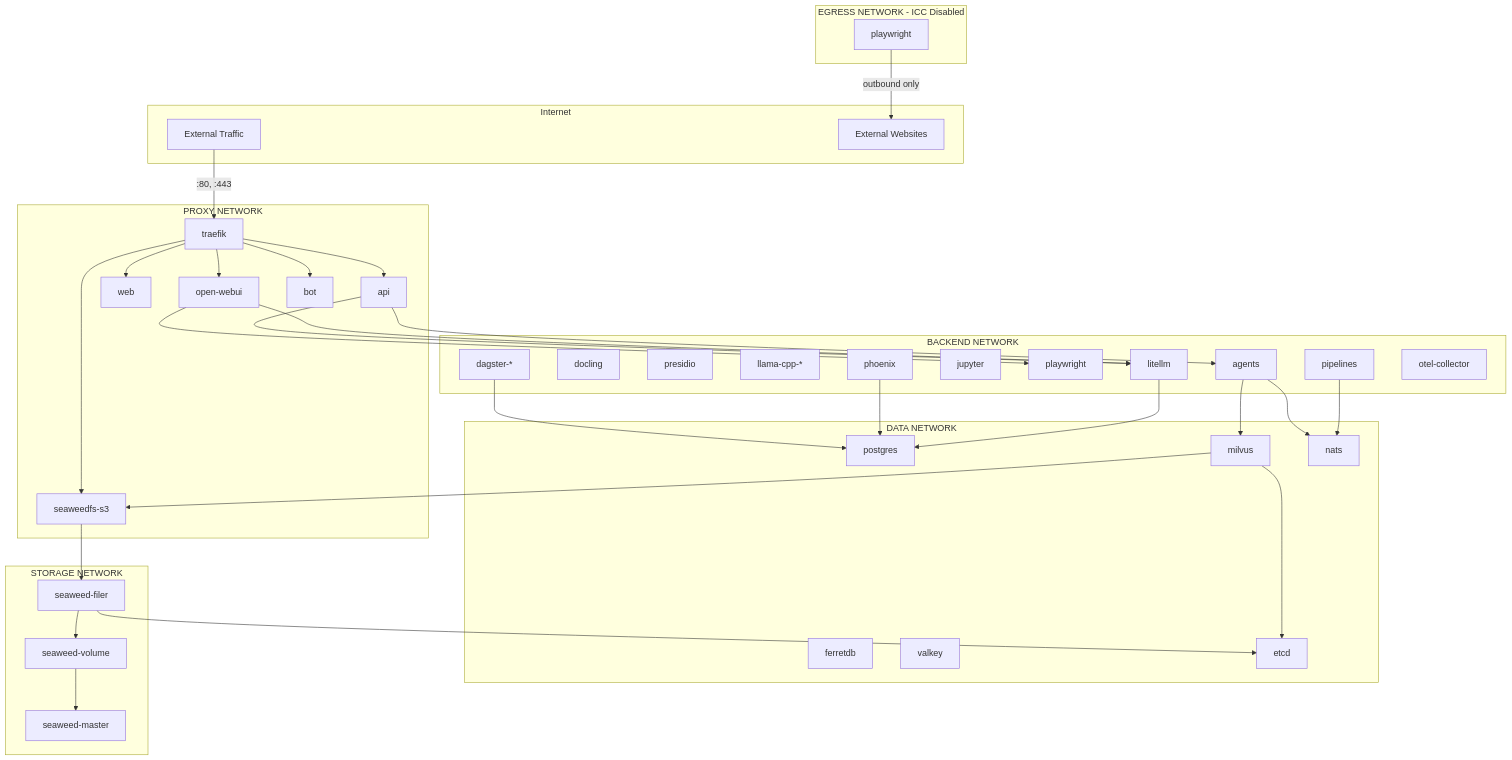
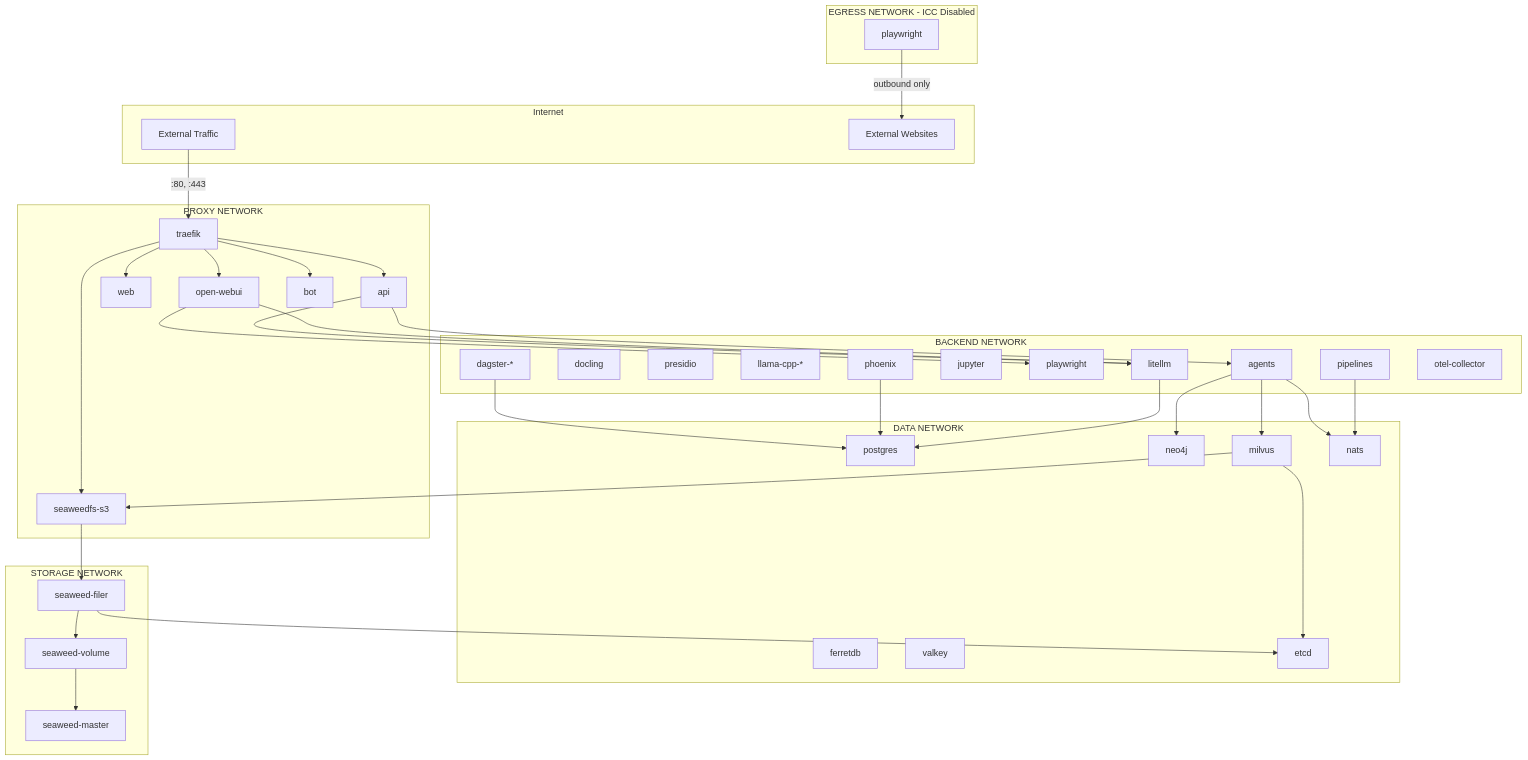
The diagram in aihub_doc/docs/2_platform/2_architecture/4_network_isolation/index.en.md (bbvch-ai/aihub-core), drawn with Mermaid before and after one commit. The commit also changed other lines of this file and 11 other files, not shown here.

````diff
--- a/aihub_doc/docs/2_platform/2_architecture/4_network_isolation/index.en.md
+++ b/aihub_doc/docs/2_platform/2_architecture/4_network_isolation/index.en.md
@@ -91,76 +92,78 @@
 ```mermaid
 flowchart TB
     subgraph Internet
         ext[External Traffic]
         websites[External Websites]
     end
 
     subgraph proxy[PROXY NETWORK]
         traefik[traefik]
         api[api]
         web[web]
         openwebui[open-webui]
         bot[bot]
         s3proxy[seaweedfs-s3]
     end
 
     subgraph backend[BACKEND NETWORK]
         litellm[litellm]
         docling[docling]
         presidio[presidio]
         llama[llama-cpp-*]
         agents[agents]
         jupyter[jupyter]
         playwright[playwright]
         dagster[dagster-*]
         pipelines[pipelines]
         phoenix[phoenix]
         otel[otel-collector]
     end
 
     subgraph egress[EGRESS NETWORK - ICC Disabled]
         playwright_egress[playwright]
     end
 
     subgraph data[DATA NETWORK]
         postgres[postgres]
         ferretdb[ferretdb]
+        neo4j[neo4j]
         milvus[milvus]
         valkey[valkey]
         nats[nats]
         etcd[etcd]
     end
 
     subgraph storage[STORAGE NETWORK]
         swmaster[seaweed-master]
         swvolume[seaweed-volume]
         swfiler[seaweed-filer]
     end
 
     ext -->|:80, :443| traefik
     traefik --> api
     traefik --> web
     traefik --> openwebui
     traefik --> bot
     traefik --> s3proxy
 
     api --> litellm
     api --> agents
     openwebui --> litellm
     openwebui --> playwright
     agents --> nats
     agents --> milvus
+    agents --> neo4j
     pipelines --> nats
     dagster --> postgres
     phoenix --> postgres
     litellm --> postgres
 
     milvus --> etcd
     milvus --> s3proxy
     swfiler --> etcd
     s3proxy --> swfiler
     swfiler --> swvolume
     swvolume --> swmaster
 
     playwright_egress -->|outbound only| websites
 ```
````
